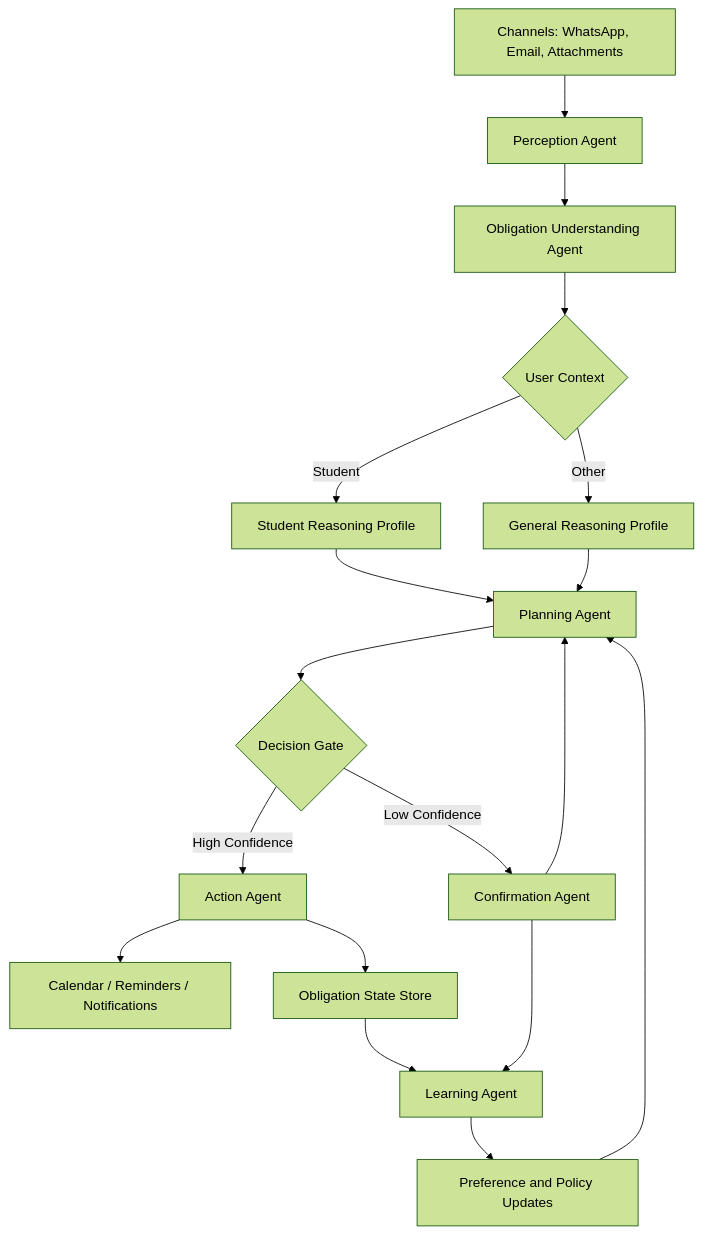
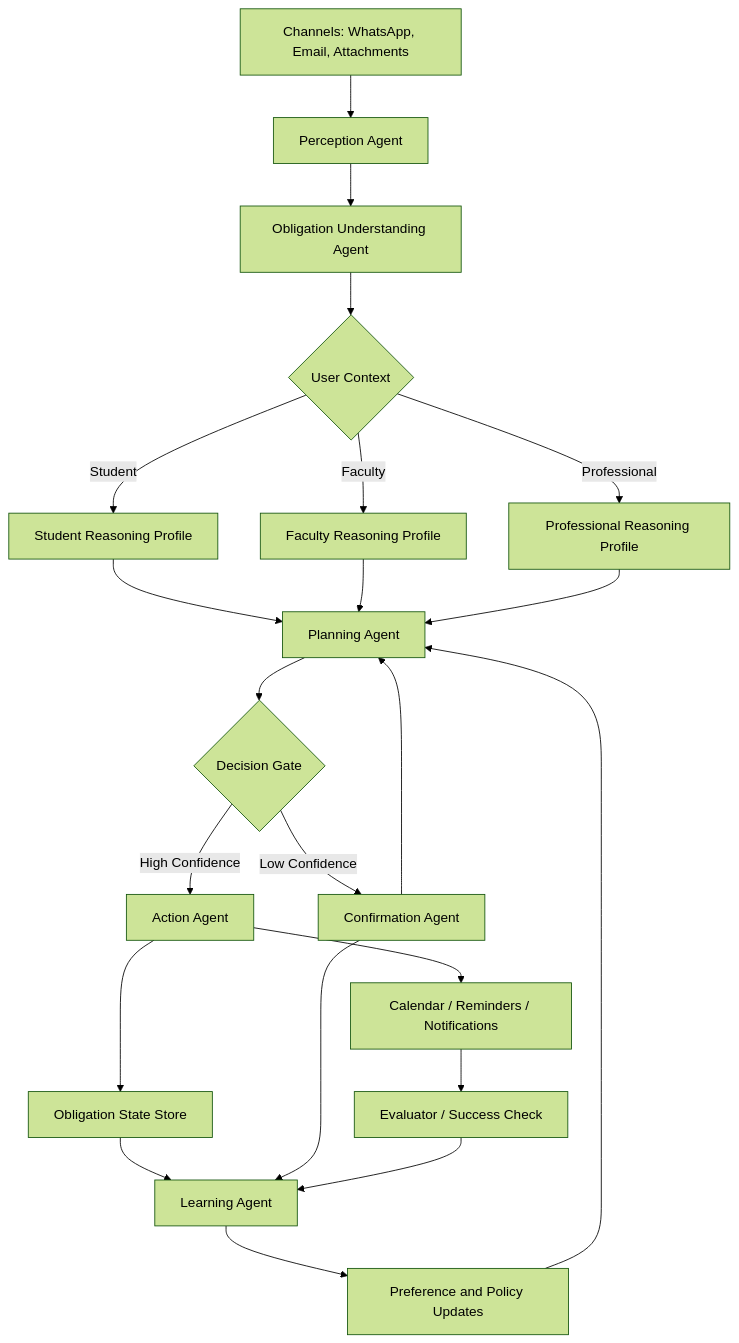
The diagram in docs/agent_builder_plan.md (Rahul-pamula/chatnalyxer_v1), drawn with Mermaid (forest theme) before and after one commit. The commit also changed other lines of this file, not shown here.

Commit message:
docs: expand agent plan with personas and evaluation

````diff
--- a/docs/agent_builder_plan.md
+++ b/docs/agent_builder_plan.md
@@ -53,20 +53,24 @@
 ```mermaid
 graph TD
   A[Channels: WhatsApp, Email, Attachments] --> B[Perception Agent]
   B --> C[Obligation Understanding Agent]
   C --> D{User Context}
   D -->|Student| E[Student Reasoning Profile]
-  D -->|Other| F[General Reasoning Profile]
-  E --> G[Planning Agent]
-  F --> G
-  G --> H{Decision Gate}
-  H -->|High Confidence| I[Action Agent]
-  H -->|Low Confidence| J[Confirmation Agent]
-  J --> G
-  I --> K[Calendar / Reminders / Notifications]
-  I --> L[Obligation State Store]
-  L --> M[Learning Agent]
-  J --> M
-  M --> N[Preference and Policy Updates]
-  N --> G
+  D -->|Faculty| F[Faculty Reasoning Profile]
+  D -->|Professional| G[Professional Reasoning Profile]
+  E --> H[Planning Agent]
+  F --> H
+  G --> H
+  H --> I{Decision Gate}
+  I -->|High Confidence| J[Action Agent]
+  I -->|Low Confidence| K[Confirmation Agent]
+  K --> H
+  J --> L[Calendar / Reminders / Notifications]
+  J --> M[Obligation State Store]
+  M --> N[Learning Agent]
+  K --> N
+  N --> O[Preference and Policy Updates]
+  O --> H
+  L --> P[Evaluator / Success Check]
+  P --> N
 ```
````
